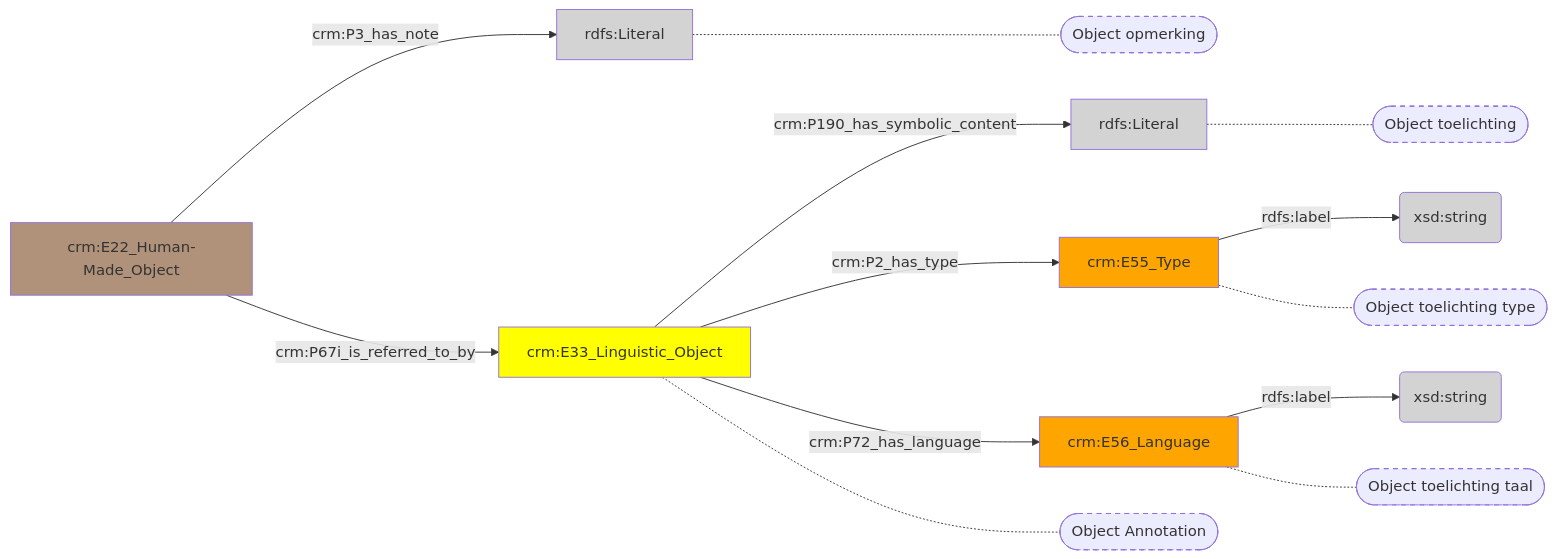
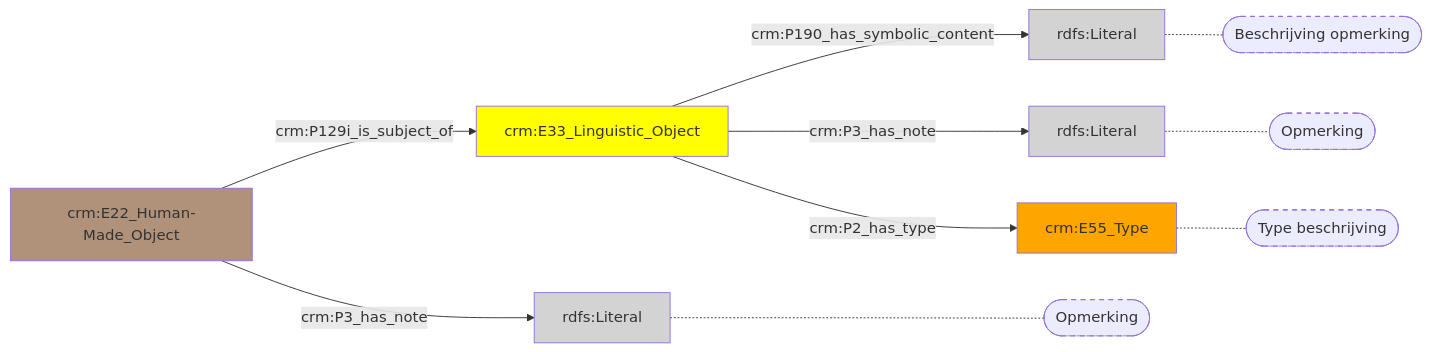
One commit to digipolisantwerpdocumentation/antwerp-cultureel-erfgoed changed the diagram in docs/content/modellen/BibliographicalObject/Aantekeningen.md. Above: the diagram before and after it, drawn with Mermaid. The commit also changed 170 other files, not shown here.

````diff
--- a/docs/content/modellen/BibliographicalObject/Aantekeningen.md
+++ b/docs/content/modellen/BibliographicalObject/Aantekeningen.md
@@ -1,28 +1,22 @@
 ```mermaid
 graph LR
-099f196c-df80-11ed-9232-00163e71351b["crm:E22_Human-Made_Object"]-->|"crm:P3_has_note"|4a65efec-cb0c-11ee-accf-960002548b4f(rdfs:Literal)
-35eb661e-ee5e-11ed-a1e6-00163e71351b["crm:E33_Linguistic_Object"]-->|"crm:P190_has_symbolic_content"|35eb71cc-ee5e-11ed-a1e6-00163e71351b(rdfs:Literal)
-35eb6d76-ee5e-11ed-a1e6-00163e71351b["crm:E55_Type"]-->|"rdfs:label"|35eb7578-ee5e-11ed-a1e6-00163e71351b(xsd:string)
-35eb6fce-ee5e-11ed-a1e6-00163e71351b["crm:E56_Language"]-->|"rdfs:label"|35eb73ac-ee5e-11ed-a1e6-00163e71351b(xsd:string)
-099f196c-df80-11ed-9232-00163e71351b["crm:E22_Human-Made_Object"]-->|"crm:P67i_is_referred_to_by"|35eb661e-ee5e-11ed-a1e6-00163e71351b["crm:E33_Linguistic_Object"]
-35eb661e-ee5e-11ed-a1e6-00163e71351b["crm:E33_Linguistic_Object"]-->|"crm:P2_has_type"|35eb6d76-ee5e-11ed-a1e6-00163e71351b["crm:E55_Type"]
-35eb661e-ee5e-11ed-a1e6-00163e71351b["crm:E33_Linguistic_Object"]-->|"crm:P72_has_language"|35eb6fce-ee5e-11ed-a1e6-00163e71351b["crm:E56_Language"]
-4a65efec-cb0c-11ee-accf-960002548b4f["rdfs:Literal"]-.-4a65efec-cb0c-11ee-accf-960002548b4f_s(["Object opmerking"])
-35eb661e-ee5e-11ed-a1e6-00163e71351b["crm:E33_Linguistic_Object"]-.-35eb661e-ee5e-11ed-a1e6-00163e71351b_s(["Object Annotation"])
-35eb71cc-ee5e-11ed-a1e6-00163e71351b["rdfs:Literal"]-.-35eb71cc-ee5e-11ed-a1e6-00163e71351b_s(["Object toelichting"])
-35eb6d76-ee5e-11ed-a1e6-00163e71351b["crm:E55_Type"]-.-35eb6d76-ee5e-11ed-a1e6-00163e71351b_s(["Object toelichting type"])
-35eb6fce-ee5e-11ed-a1e6-00163e71351b["crm:E56_Language"]-.-35eb6fce-ee5e-11ed-a1e6-00163e71351b_s(["Object toelichting taal"])
-style 4a65efec-cb0c-11ee-accf-960002548b4f_s stroke-dasharray: 5
-style 35eb661e-ee5e-11ed-a1e6-00163e71351b_s stroke-dasharray: 5
-style 35eb71cc-ee5e-11ed-a1e6-00163e71351b_s stroke-dasharray: 5
-style 35eb6d76-ee5e-11ed-a1e6-00163e71351b_s stroke-dasharray: 5
-style 35eb6fce-ee5e-11ed-a1e6-00163e71351b_s stroke-dasharray: 5
 style 099f196c-df80-11ed-9232-00163e71351b fill:#B0927A
 style 35eb661e-ee5e-11ed-a1e6-00163e71351b fill:#ffff00
 style 35eb6d76-ee5e-11ed-a1e6-00163e71351b fill:#ffa500
-style 35eb6fce-ee5e-11ed-a1e6-00163e71351b fill:#ffa500
 style 35eb71cc-ee5e-11ed-a1e6-00163e71351b fill:#D3D3D3
-style 35eb73ac-ee5e-11ed-a1e6-00163e71351b fill:#D3D3D3
-style 35eb7578-ee5e-11ed-a1e6-00163e71351b fill:#D3D3D3
 style 4a65efec-cb0c-11ee-accf-960002548b4f fill:#D3D3D3
+style 9a15d478-233f-11ef-aa25-960002548b4f fill:#D3D3D3
+099f196c-df80-11ed-9232-00163e71351b["crm:E22_Human-Made_Object"]-->|"crm:P3_has_note"|4a65efec-cb0c-11ee-accf-960002548b4f(rdfs:Literal)
+35eb661e-ee5e-11ed-a1e6-00163e71351b["crm:E33_Linguistic_Object"]-->|"crm:P190_has_symbolic_content"|35eb71cc-ee5e-11ed-a1e6-00163e71351b(rdfs:Literal)
+35eb661e-ee5e-11ed-a1e6-00163e71351b["crm:E33_Linguistic_Object"]-->|"crm:P3_has_note"|9a15d478-233f-11ef-aa25-960002548b4f(rdfs:Literal)
+4a65efec-cb0c-11ee-accf-960002548b4f["rdfs:Literal"]-.-4a65efec-cb0c-11ee-accf-960002548b4f_s(["Opmerking"])
+35eb71cc-ee5e-11ed-a1e6-00163e71351b["rdfs:Literal"]-.-35eb71cc-ee5e-11ed-a1e6-00163e71351b_s(["Beschrijving opmerking"])
+35eb6d76-ee5e-11ed-a1e6-00163e71351b["crm:E55_Type"]-.-35eb6d76-ee5e-11ed-a1e6-00163e71351b_s(["Type "beschrijving""])
+9a15d478-233f-11ef-aa25-960002548b4f["rdfs:Literal"]-.-9a15d478-233f-11ef-aa25-960002548b4f_s(["Opmerking"])
+style 4a65efec-cb0c-11ee-accf-960002548b4f_s stroke-dasharray: 5
+style 35eb71cc-ee5e-11ed-a1e6-00163e71351b_s stroke-dasharray: 5
+style 35eb6d76-ee5e-11ed-a1e6-00163e71351b_s stroke-dasharray: 5
+style 9a15d478-233f-11ef-aa25-960002548b4f_s stroke-dasharray: 5
+099f196c-df80-11ed-9232-00163e71351b["crm:E22_Human-Made_Object"]-->|"crm:P129i_is_subject_of"|35eb661e-ee5e-11ed-a1e6-00163e71351b["crm:E33_Linguistic_Object"]
+35eb661e-ee5e-11ed-a1e6-00163e71351b["crm:E33_Linguistic_Object"]-->|"crm:P2_has_type"|35eb6d76-ee5e-11ed-a1e6-00163e71351b["crm:E55_Type"]
 ```
````
